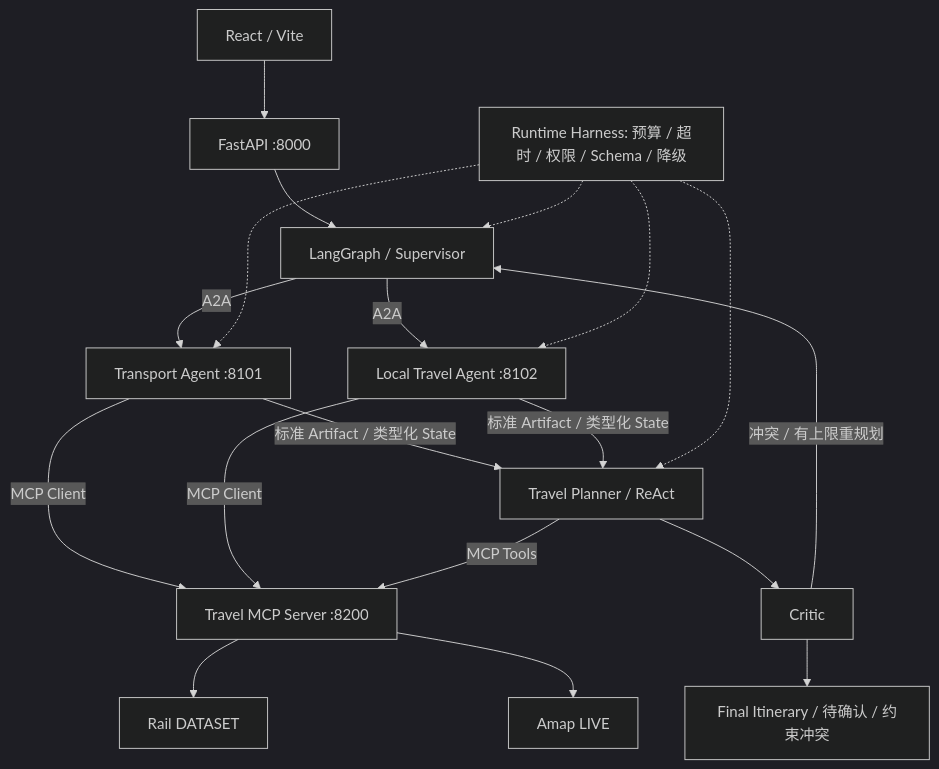
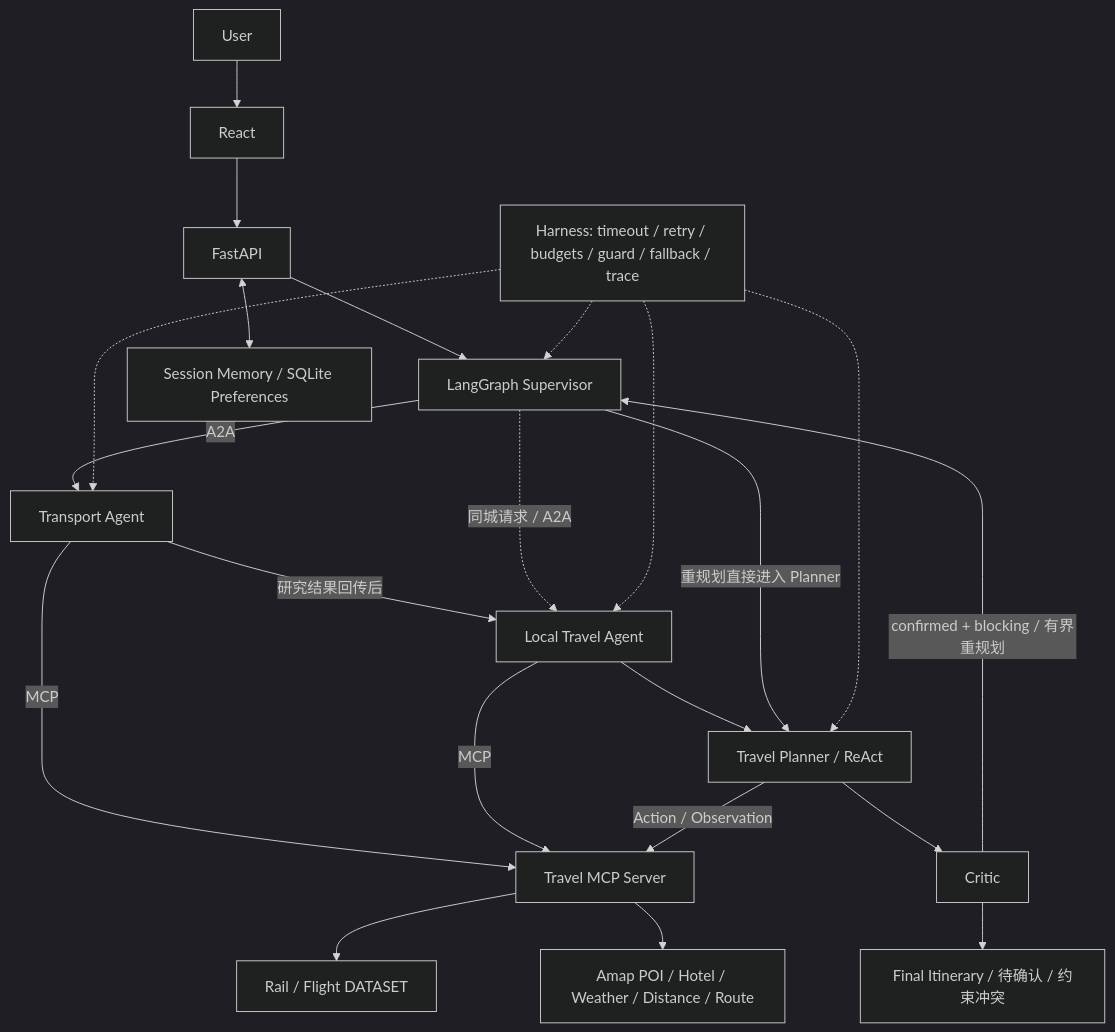
Before and after one commit to jinxi0407/TripPilot: the diagram in README.md, drawn with Mermaid (dark theme). The commit also changed other lines of this file and 177 other files, not shown here.

````diff
--- a/README.md
+++ b/README.md
@@ -25,21 +25,24 @@
 ```mermaid
 flowchart TD
-    UI[React / Vite] --> API[FastAPI :8000]
-    API --> G[LangGraph / Supervisor]
-    G -->|A2A| T[Transport Agent :8101]
-    G -->|A2A| L[Local Travel Agent :8102]
-    T -->|MCP Client| M[Travel MCP Server :8200]
-    L -->|MCP Client| M
-    M --> R[Rail DATASET]
-    M --> A[Amap LIVE]
-    T -->|标准 Artifact / 类型化 State| P[Travel Planner / ReAct]
-    L -->|标准 Artifact / 类型化 State| P
-    P -->|MCP Tools| M
+    U[User] --> UI[React]
+    UI --> API[FastAPI]
+    API --> S[LangGraph Supervisor]
+    S -->|A2A| T[Transport Agent]
+    T -->|研究结果回传后| L[Local Travel Agent]
+    S -.->|同城请求 / A2A| L
+    T -->|MCP| M[Travel MCP Server]
+    L -->|MCP| M
+    M --> R[Rail / Flight DATASET]
+    M --> A[Amap POI / Hotel / Weather / Distance / Route]
+    L --> P[Travel Planner / ReAct]
+    P -->|Action / Observation| M
     P --> C[Critic]
-    C -->|冲突 / 有上限重规划| G
+    C -->|confirmed + blocking / 有界重规划| S
+    S -->|重规划直接进入 Planner| P
     C --> F[Final Itinerary / 待确认 / 约束冲突]
-    H[Runtime Harness: 预算 / 超时 / 权限 / Schema / 降级] -.-> G
+    H[Harness: timeout / retry / budgets / guard / fallback / trace] -.-> S
     H -.-> T
     H -.-> L
     H -.-> P
+    API <--> MEM[Session Memory / SQLite Preferences]
 ```
````
